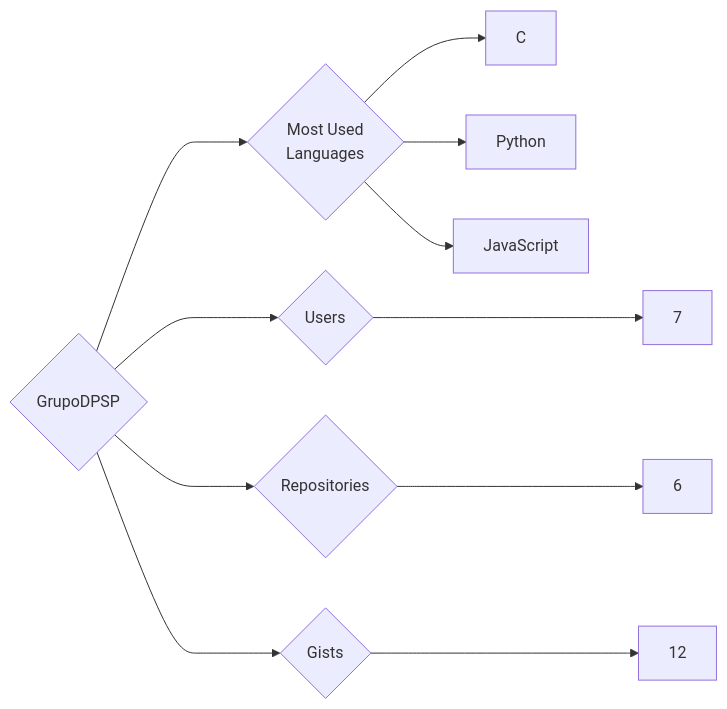
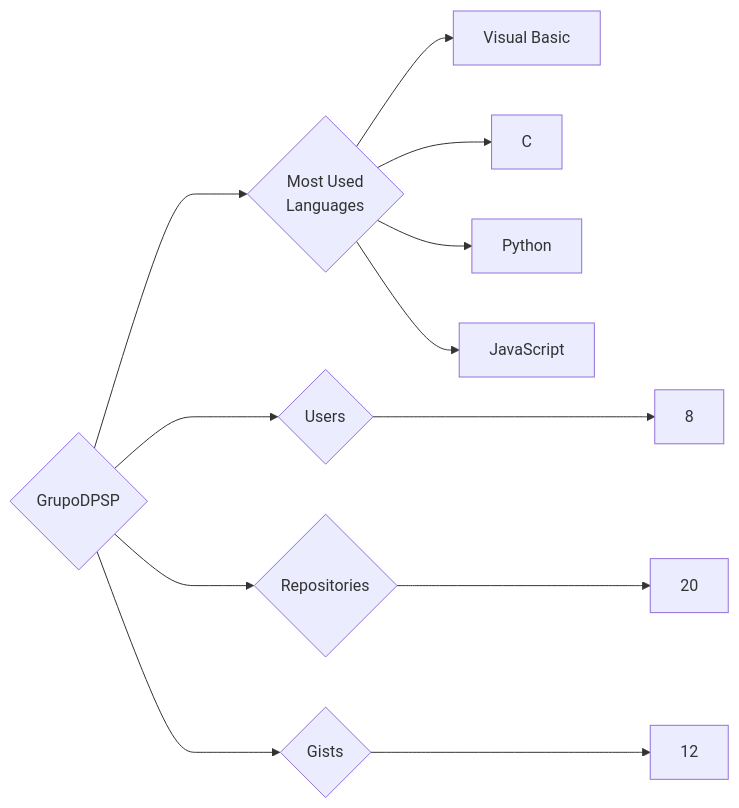
The diagram in targets/GrupoDPSP/README.md (trickest/insiders), drawn with Mermaid before and after one commit. The commit also changed 1078 other files, not shown here.

````diff
--- a/targets/GrupoDPSP/README.md
+++ b/targets/GrupoDPSP/README.md
@@ -3,11 +3,12 @@
 ```mermaid
 graph LR
 COMPANY_NAME{GrupoDPSP}
-COMPANY_NAME ---> U{Users} ---> UN[7]
-COMPANY_NAME ---> R{Repositories} ---> RN[6]
+COMPANY_NAME ---> U{Users} ---> UN[8]
+COMPANY_NAME ---> R{Repositories} ---> RN[20]
 COMPANY_NAME ---> G{Gists} ---> GN[12]
 COMPANY_NAME ---> ML{Most Used<br>Languages}
+ML --> Visual_Basic[Visual Basic]
 ML --> C[C]
 ML --> Python[Python]
 ML --> JavaScript[JavaScript]
 ```
````
